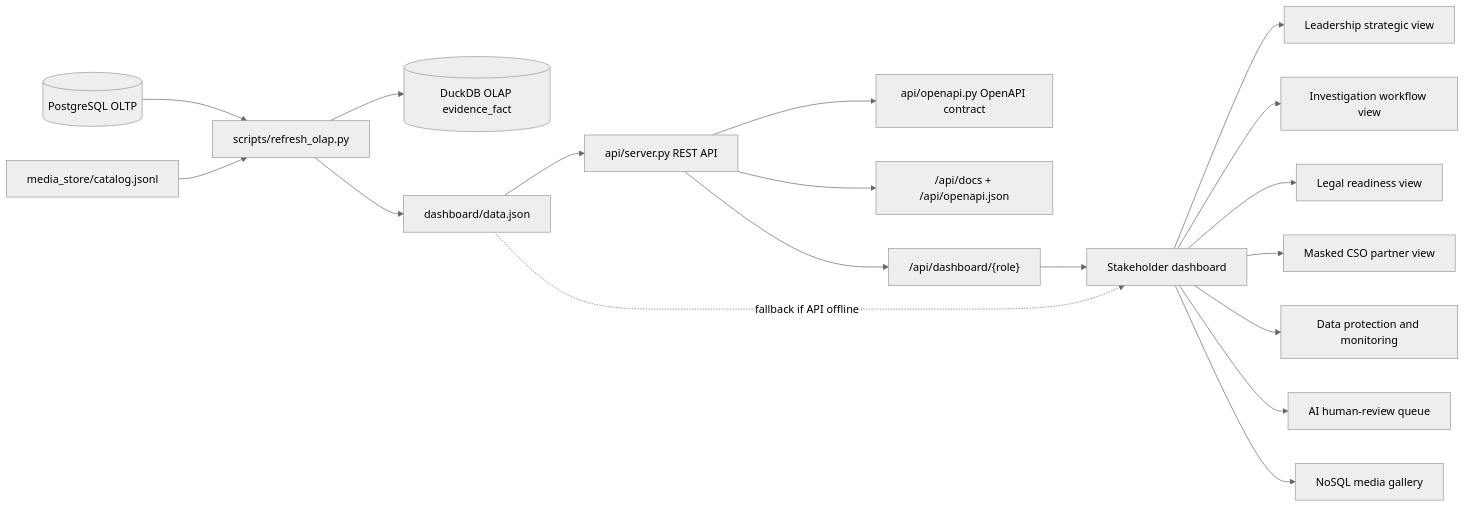
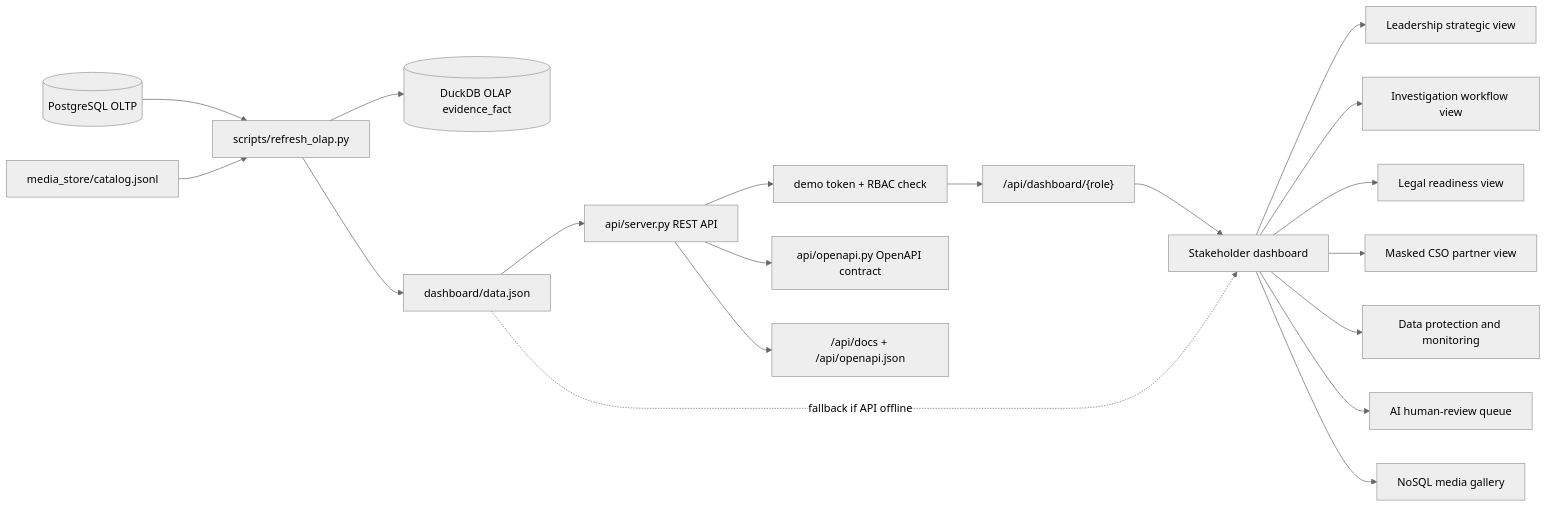
Before and after one commit to waigisteve/hrt-dbm-evidence-ops: the third of 4 diagrams in architecture_and_business_case.md, drawn with Mermaid (neutral theme). The commit also changed 13 other files, not shown here.

Commit message:
Add demo token RBAC for dashboard API

````diff
--- a/architecture_and_business_case.md
+++ b/architecture_and_business_case.md
@@ -87,21 +87,22 @@
 ```mermaid
 flowchart LR
     PG[("PostgreSQL OLTP")] --> ETL["scripts/refresh_olap.py"]
     MediaCatalog["media_store/catalog.jsonl"] --> ETL
     ETL --> Duck[(DuckDB OLAP evidence_fact)]
     ETL --> Snapshot["dashboard/data.json"]
     Snapshot --> Api["api/server.py REST API"]
+    Api --> Auth["demo token + RBAC check"]
     Api --> OpenAPI["api/openapi.py OpenAPI contract"]
     Api --> ApiDocs["/api/docs + /api/openapi.json"]
-    Api --> RoleApi["/api/dashboard/{role}"]
+    Auth --> RoleApi["/api/dashboard/{role}"]
     RoleApi --> Dashboard["Stakeholder dashboard"]
     Snapshot -. fallback if API offline .-> Dashboard
 
     Dashboard --> Leadership[Leadership strategic view]
     Dashboard --> Investigations[Investigation workflow view]
     Dashboard --> Legal[Legal readiness view]
     Dashboard --> Partners[Masked CSO partner view]
     Dashboard --> DP[Data protection and monitoring]
     Dashboard --> AI[AI human-review queue]
     Dashboard --> Media[NoSQL media gallery]
 ```
````
